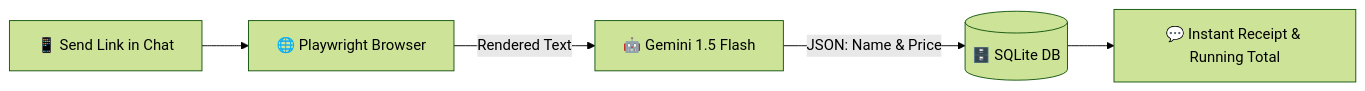
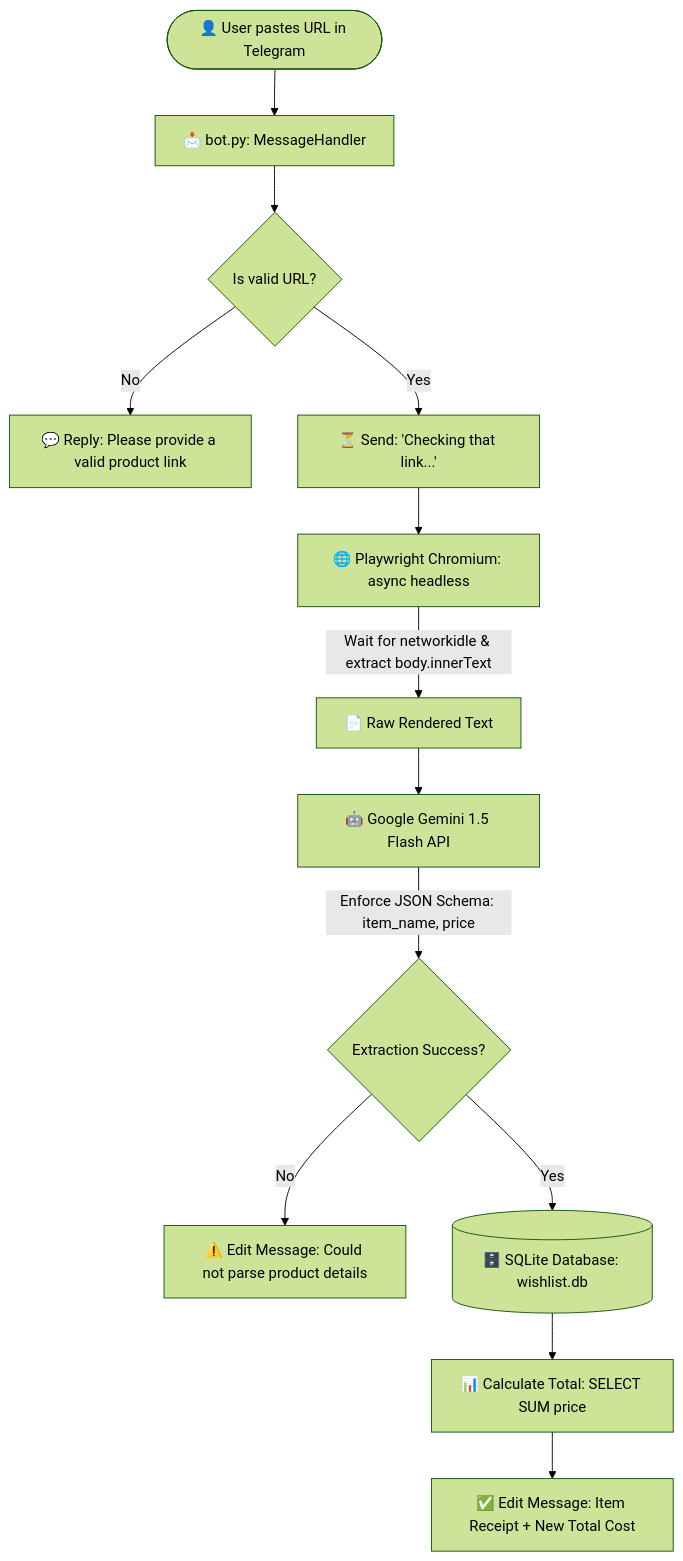
One commit to suruprajbhandari/wishlisttelegrambot changed the first of 2 diagrams in README.md. Above: the diagram before and after it, drawn with Mermaid (forest theme). The commit also changed other lines of this file, not shown here.

````diff
--- a/README.md
+++ b/README.md
@@ -28,7 +82,15 @@
 ```mermaid
-flowchart LR
-    A[📱 Send Link in Chat] --> B[🌐 Playwright Browser]
-    B -->|Rendered Text| C[🤖 Gemini 1.5 Flash]
-    C -->|JSON: Name & Price| D[(🗄️ SQLite DB)]
-    D --> E[💬 Instant Receipt & Running Total]
+flowchart TD
+    A([👤 User pastes URL in Telegram]) --> B[📩 bot.py: MessageHandler]
+    B --> C{Is valid URL?}
+    C -- No --> D[💬 Reply: Please provide a valid product link]
+    C -- Yes --> E[⏳ Send: 'Checking that link...']
+    E --> F[🌐 Playwright Chromium: async headless]
+    F -->|Wait for networkidle & extract body.innerText| G[📄 Raw Rendered Text]
+    G --> H[🤖 Google Gemini 1.5 Flash API]
+    H -->|Enforce JSON Schema: item_name, price| I{Extraction Success?}
+    I -- No --> J[⚠️ Edit Message: Could not parse product details]
+    I -- Yes --> K[(🗄️ SQLite Database: wishlist.db)]
+    K --> L[📊 Calculate Total: SELECT SUM price]
+    L --> M[✅ Edit Message: Item Receipt + New Total Cost]
 ```
````
